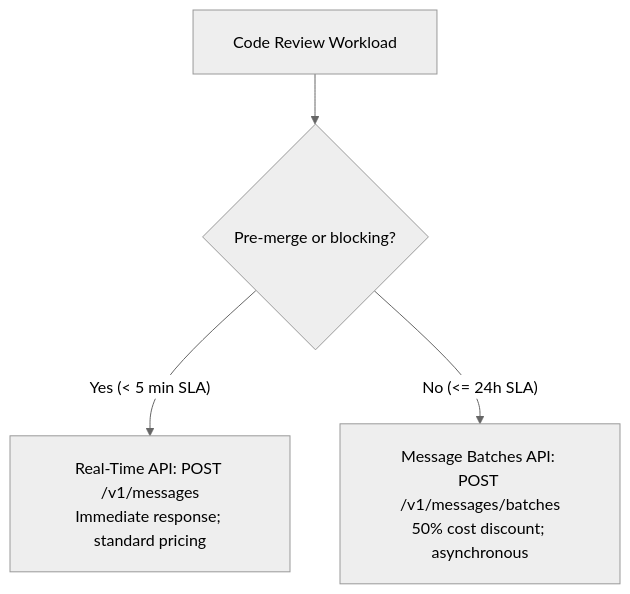
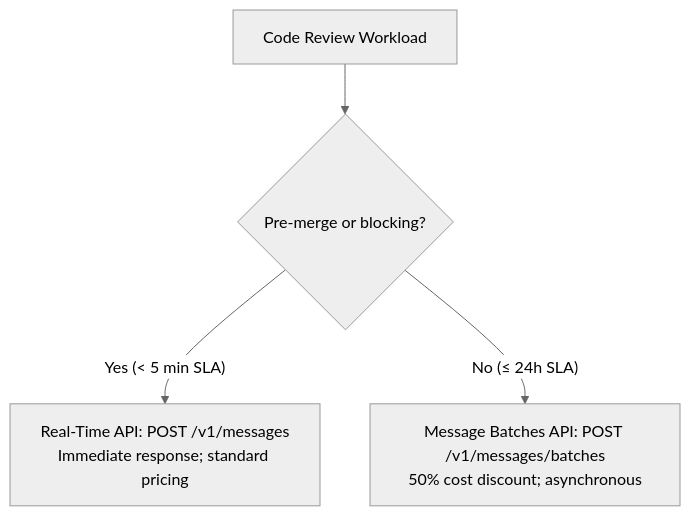
Before and after one commit to dip4k/claude_cert_architect_foundation_prep: the second of 4 diagrams in scenarios/scenario_5_continuous_integration/SCENARIO_GUIDE.md, drawn with Mermaid (neutral theme). The commit also changed other lines of this file and 31 other files, not shown here.

First line of the commit message:
docs(diagrams): fix GitHub Mermaid rendering cut-off, wrappingWidth, and entity escapes across all 32 docs

````diff
--- a/scenarios/scenario_5_continuous_integration/SCENARIO_GUIDE.md
+++ b/scenarios/scenario_5_continuous_integration/SCENARIO_GUIDE.md
@@ -99,8 +99,8 @@
 ```mermaid
-%%{init: {"flowchart": {"htmlLabels": true, "padding": 20}}}%%
+%%{init: {"flowchart": {"htmlLabels": true, "wrappingWidth": 250}}}%%
 flowchart TD
     Task["Code Review Workload"] --> LatencyCheck{"Pre-merge or blocking?"}
     
-    LatencyCheck -- "Yes (< 5 min SLA)" --> RealTime["Real-Time API: POST /v1/messages<br/>Immediate response; standard pricing"]
-    LatencyCheck -- "No (<= 24h SLA)" --> BatchAPI["Message Batches API: POST /v1/messages/batches<br/>50% cost discount; asynchronous"]
+    LatencyCheck -- "Yes (&lt; 5 min SLA)" --> RealTime["Real-Time API: POST /v1/messages<br/>Immediate response; standard pricing"]
+    LatencyCheck -- "No (&le; 24h SLA)" --> BatchAPI["Message Batches API: POST /v1/messages/batches<br/>50% cost discount; asynchronous"]
 ```
````
